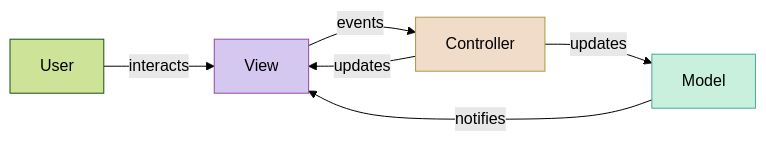
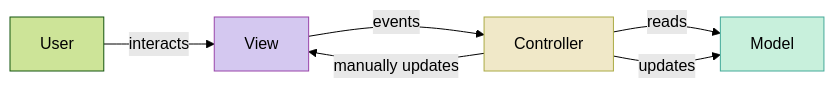
One commit to neu-pdi/CS3100-Spring-2026 changed the second of 3 diagrams in lecture-slides/l29-gui1.mdx. Above: the diagram before and after it, drawn with Mermaid (forest theme). The commit also changed other lines of this file and 2 other files, not shown here.

````diff
--- a/lecture-slides/l29-gui1.mdx
+++ b/lecture-slides/l29-gui1.mdx
@@ -427,11 +427,11 @@
 ```mermaid
 graph LR
     U[User] -->|interacts| V[View]
     V -->|events| C[Controller]
-    C -->|updates| M[Model]
-    M -->|notifies| V
-    C -->|updates| V
+    C -->|reads| M[Model]
+    C -->|updates| M
+    C -->|manually updates| V
     style M fill:#c8f0dc,stroke:#4a9,color:#000
     style V fill:#d4c8f0,stroke:#94a,color:#000
-    style C fill:#f0dcc8,stroke:#a94,color:#000
+    style C fill:#f0e8c8,stroke:#aa4,color:#000
 ```
````
